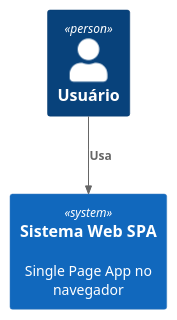
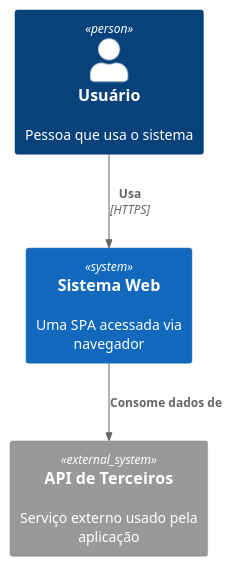
The diagram in diagrams/context.puml (tiagodevweb/c4model), drawn with PlantUML before and after one commit. The commit also changed 1 other file, not shown here.

Commit message:
updated diagrams

```diff
--- a/diagrams/context.puml
+++ b/diagrams/context.puml
@@ -1,9 +1,12 @@
-@startuml
+@startuml C4_Context
 !includeurl https://raw.githubusercontent.com/RicardoNiepel/C4-PlantUML/master/C4_Context.puml
 
-Person(user, "Usuário")
-System(spa_system, "Sistema Web SPA", "Single Page App no navegador")
+Person(user, "Usuário", "Pessoa que usa o sistema")
+System(spa_system, "Sistema Web", "Uma SPA acessada via navegador")
 
-Rel(user, spa_system, "Usa")
+System_Ext(api_external, "API de Terceiros", "Serviço externo usado pela aplicação")
+
+Rel(user, spa_system, "Usa", "HTTPS")
+Rel(spa_system, api_external, "Consome dados de")
 
 @enduml
```
